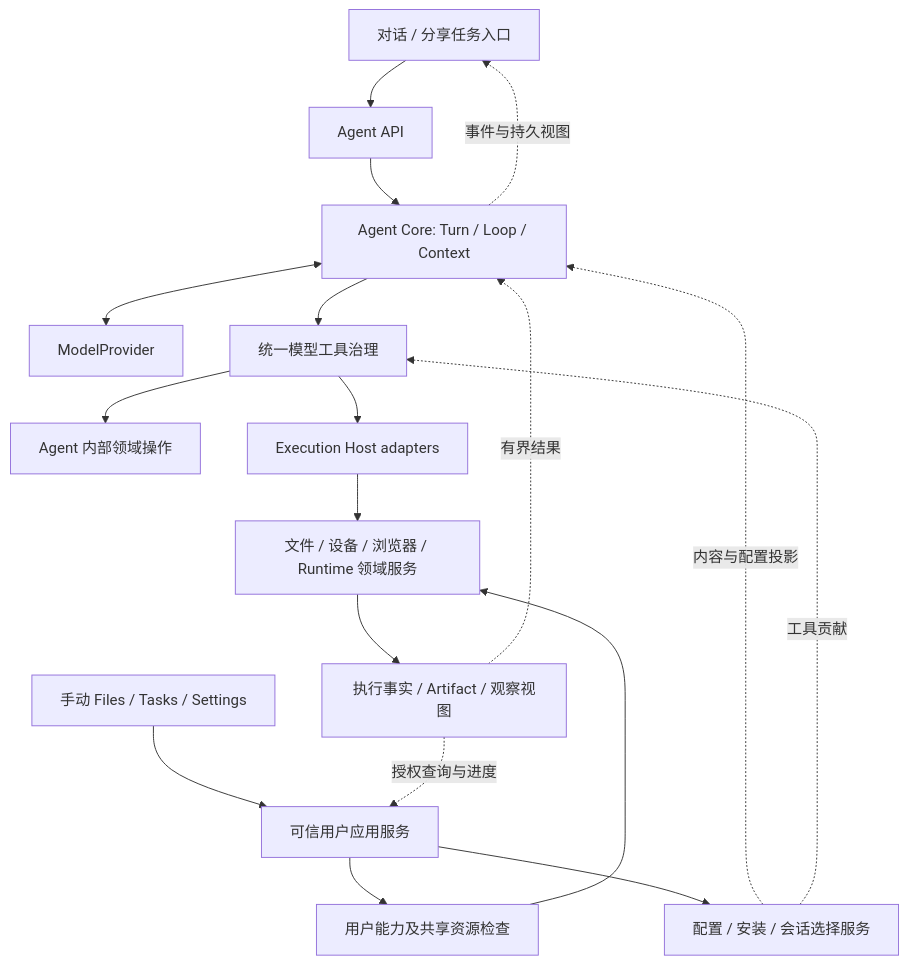
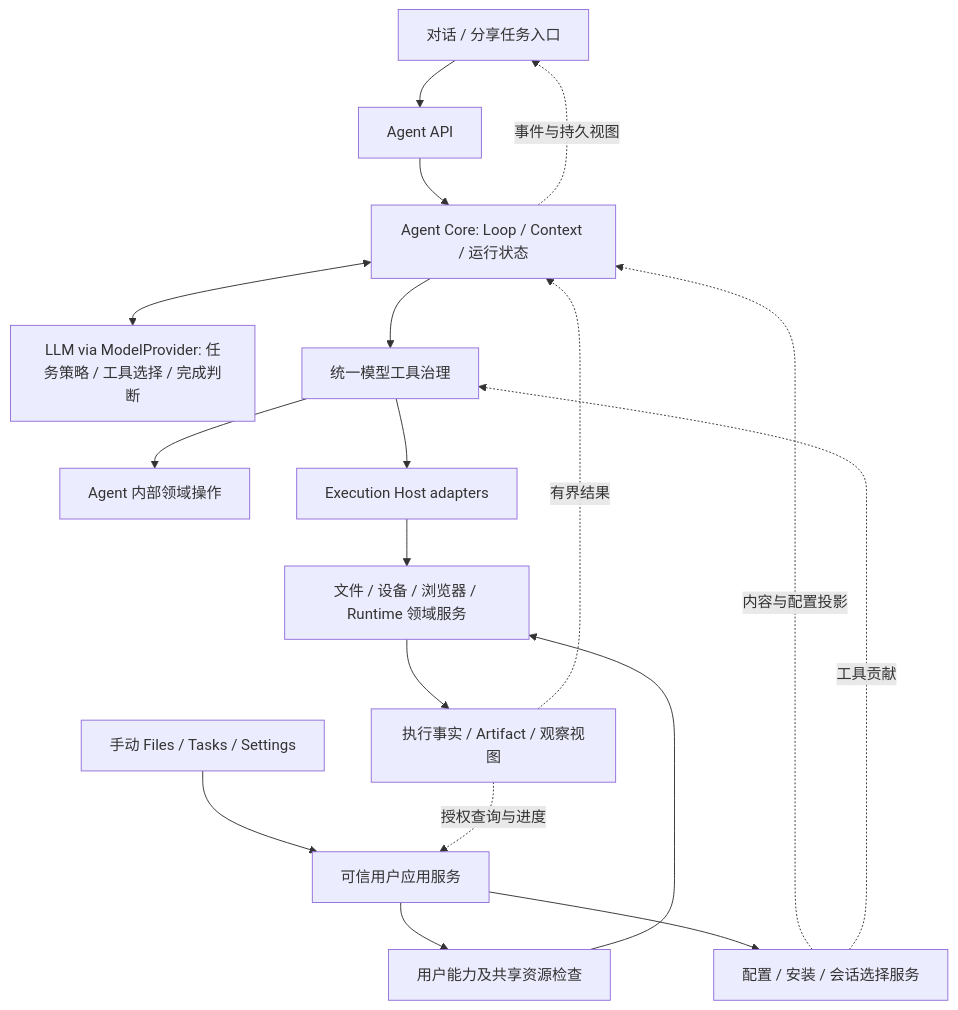
One commit to dollarser/helix-agent changed the diagram in docs/architecture/harness-refactor-plan.md. Above: the diagram before and after it, drawn with Mermaid. The commit also changed other lines of this file and 299 other files, not shown here.

````diff
--- a/docs/architecture/harness-refactor-plan.md
+++ b/docs/architecture/harness-refactor-plan.md
@@ -70,20 +78,20 @@
 ```mermaid
 flowchart TB
     CHAT[对话 / 分享任务入口] --> API[Agent API]
-    API --> CORE[Agent Core: Turn / Loop / Context]
-    CORE <--> MODEL[ModelProvider]
+    API --> CORE[Agent Core: Loop / Context / 运行状态]
+    CORE <--> MODEL[LLM via ModelProvider: 任务策略 / 工具选择 / 完成判断]
     CORE --> GATE[统一模型工具治理]
     GATE --> ACTION[Agent 内部领域操作]
     GATE --> HOST[Execution Host adapters]
     HOST --> DOMAIN[文件 / 设备 / 浏览器 / Runtime 领域服务]
     MANUAL[手动 Files / Tasks / Settings] --> APP[可信用户应用服务]
     APP --> CHECK[用户能力及共享资源检查]
     CHECK --> DOMAIN
     APP --> CONFIG[配置 / 安装 / 会话选择服务]
     CONFIG -.内容与配置投影.-> CORE
     CONFIG -.工具贡献.-> GATE
     DOMAIN --> FACT[执行事实 / Artifact / 观察视图]
     FACT -.有界结果.-> CORE
     FACT -.授权查询与进度.-> APP
     CORE -.事件与持久视图.-> CHAT
 ```
````
